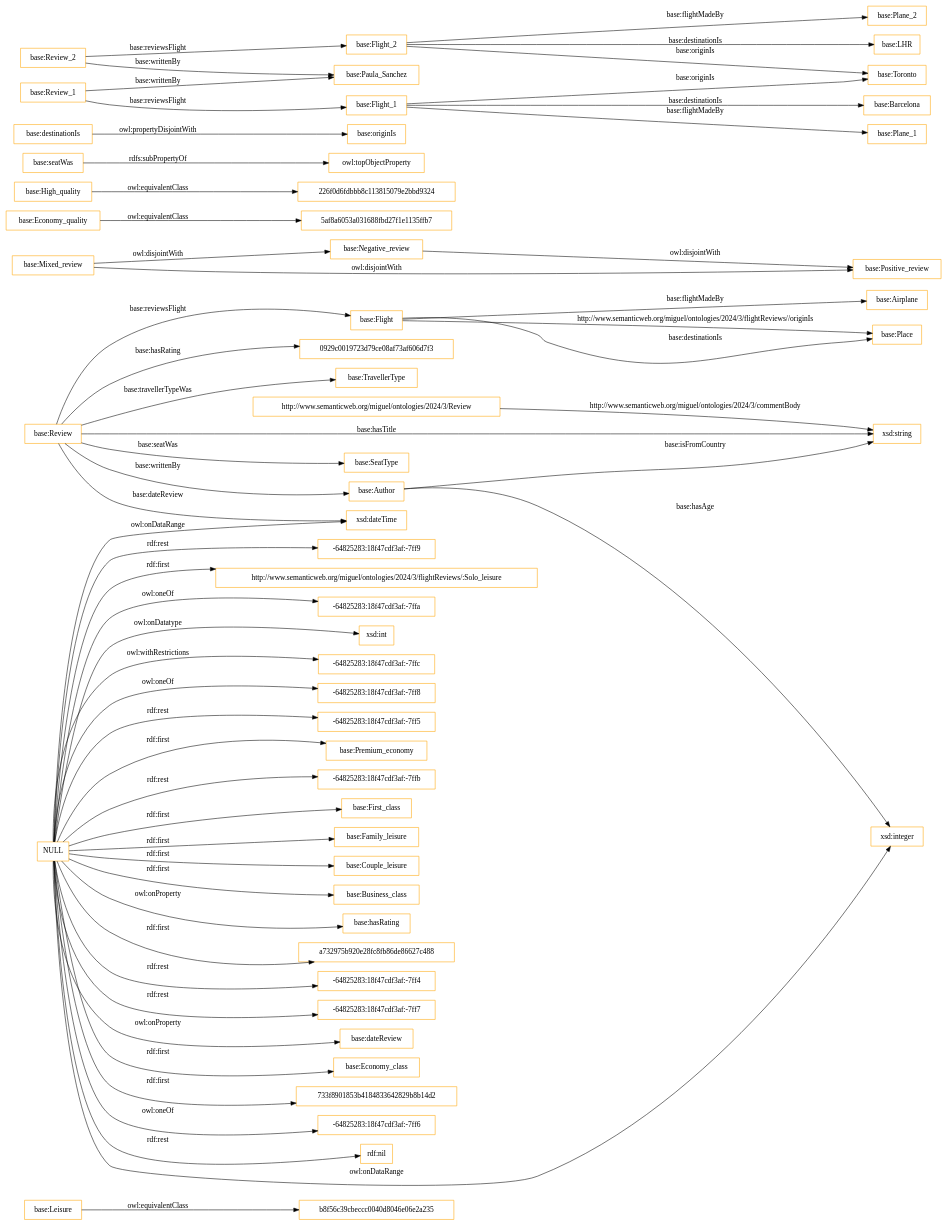
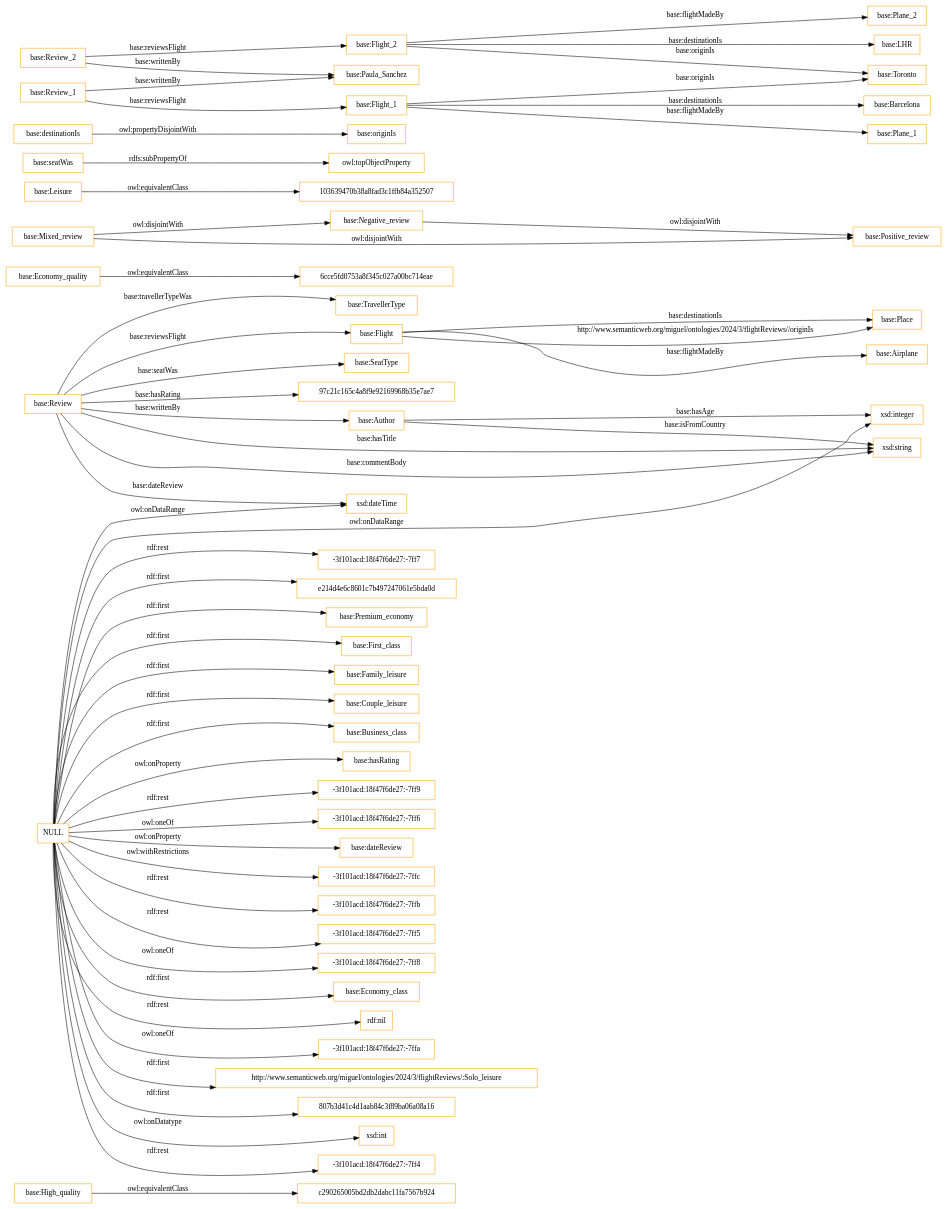
Before and after one commit to MigueldSPallares/FlightReviews: the diagram in OnToology/ontology.ttl/diagrams/ar2dtool-class/ontology.ttl.png.dot, drawn with Graphviz. The commit also changed 10 other files, not shown here.

```diff
--- a/OnToology/ontology.ttl/diagrams/ar2dtool-class/ontology.ttl.png.dot
+++ b/OnToology/ontology.ttl/diagrams/ar2dtool-class/ontology.ttl.png.dot
@@ -1,61 +1,61 @@
 digraph ar2dtool_diagram { 
 rankdir=LR;
 size="1501"
-node [shape = rectangle, color="orange"]; "b8f56c39cbeccc0040d8046e06e2a235" "base:TravellerType" "base:Place" "base:Flight" "base:Negative_review" "base:Author" "base:Economy_quality" "base:SeatType" "5af8a6053a031688fbd27f1e1135ffb7" "base:Mixed_review" "base:Leisure" "base:Review" "base:High_quality" "base:Positive_review" "226f0d6fdbbb8c113815079e2bbd9324" "base:Airplane" ; /*classes style*/
+node [shape = rectangle, color="orange"]; "c290265005bd2db2dabc11fa7567b924" "base:TravellerType" "base:Place" "base:Flight" "6cce5fd0753a8f345c027a00bc714eae" "base:Negative_review" "base:Author" "base:Economy_quality" "base:SeatType" "base:Mixed_review" "base:Leisure" "base:Review" "base:High_quality" "base:Positive_review" "103639470b38a8fad3c1ffb84a352507" "base:Airplane" ; /*classes style*/
 	"NULL" -> "base:Premium_economy" [ label = "rdf:first" ];
-	"NULL" -> "-64825283:18f47cdf3af:-7ffb" [ label = "rdf:rest" ];
 	"NULL" -> "base:First_class" [ label = "rdf:first" ];
 	"NULL" -> "base:Family_leisure" [ label = "rdf:first" ];
 	"NULL" -> "base:Couple_leisure" [ label = "rdf:first" ];
 	"NULL" -> "base:Business_class" [ label = "rdf:first" ];
 	"NULL" -> "base:hasRating" [ label = "owl:onProperty" ];
+	"NULL" -> "-3f101acd:18f47f6de27:-7ff9" [ label = "rdf:rest" ];
 	"NULL" -> "xsd:integer" [ label = "owl:onDataRange" ];
+	"NULL" -> "-3f101acd:18f47f6de27:-7ff6" [ label = "owl:oneOf" ];
 	"NULL" -> "xsd:dateTime" [ label = "owl:onDataRange" ];
-	"NULL" -> "a732975b920e28fc8fb86de86627c488" [ label = "rdf:first" ];
-	"NULL" -> "-64825283:18f47cdf3af:-7ff4" [ label = "rdf:rest" ];
-	"NULL" -> "-64825283:18f47cdf3af:-7ff7" [ label = "rdf:rest" ];
 	"NULL" -> "base:dateReview" [ label = "owl:onProperty" ];
+	"NULL" -> "-3f101acd:18f47f6de27:-7ffc" [ label = "owl:withRestrictions" ];
+	"NULL" -> "-3f101acd:18f47f6de27:-7ffb" [ label = "rdf:rest" ];
+	"NULL" -> "-3f101acd:18f47f6de27:-7ff5" [ label = "rdf:rest" ];
+	"NULL" -> "-3f101acd:18f47f6de27:-7ff8" [ label = "owl:oneOf" ];
 	"NULL" -> "base:Economy_class" [ label = "rdf:first" ];
-	"NULL" -> "733f8901853b4184833642829b8b14d2" [ label = "rdf:first" ];
-	"NULL" -> "-64825283:18f47cdf3af:-7ff6" [ label = "owl:oneOf" ];
 	"NULL" -> "rdf:nil" [ label = "rdf:rest" ];
-	"NULL" -> "-64825283:18f47cdf3af:-7ff9" [ label = "rdf:rest" ];
+	"NULL" -> "-3f101acd:18f47f6de27:-7ffa" [ label = "owl:oneOf" ];
 	"NULL" -> "http://www.semanticweb.org/miguel/ontologies/2024/3/flightReviews/:Solo_leisure" [ label = "rdf:first" ];
-	"NULL" -> "-64825283:18f47cdf3af:-7ffa" [ label = "owl:oneOf" ];
+	"NULL" -> "807b3d41c4d1aab84c3f89ba06a08a16" [ label = "rdf:first" ];
 	"NULL" -> "xsd:int" [ label = "owl:onDatatype" ];
-	"NULL" -> "-64825283:18f47cdf3af:-7ffc" [ label = "owl:withRestrictions" ];
-	"NULL" -> "-64825283:18f47cdf3af:-7ff8" [ label = "owl:oneOf" ];
-	"NULL" -> "-64825283:18f47cdf3af:-7ff5" [ label = "rdf:rest" ];
+	"NULL" -> "-3f101acd:18f47f6de27:-7ff4" [ label = "rdf:rest" ];
+	"NULL" -> "-3f101acd:18f47f6de27:-7ff7" [ label = "rdf:rest" ];
+	"NULL" -> "e214d4e6c8601c7b497247061e5bda0d" [ label = "rdf:first" ];
 	"base:seatWas" -> "owl:topObjectProperty" [ label = "rdfs:subPropertyOf" ];
 	"base:destinationIs" -> "base:originIs" [ label = "owl:propertyDisjointWith" ];
 	"base:Review_2" -> "base:Paula_Sanchez" [ label = "base:writtenBy" ];
 	"base:Review_2" -> "base:Flight_2" [ label = "base:reviewsFlight" ];
 	"base:Flight_2" -> "base:Toronto" [ label = "base:originIs" ];
 	"base:Flight_2" -> "base:Plane_2" [ label = "base:flightMadeBy" ];
 	"base:Flight_2" -> "base:LHR" [ label = "base:destinationIs" ];
-	"base:Economy_quality" -> "5af8a6053a031688fbd27f1e1135ffb7" [ label = "owl:equivalentClass" ];
+	"base:Economy_quality" -> "6cce5fd0753a8f345c027a00bc714eae" [ label = "owl:equivalentClass" ];
 	"base:Review_1" -> "base:Paula_Sanchez" [ label = "base:writtenBy" ];
 	"base:Review_1" -> "base:Flight_1" [ label = "base:reviewsFlight" ];
-	"base:High_quality" -> "226f0d6fdbbb8c113815079e2bbd9324" [ label = "owl:equivalentClass" ];
+	"base:High_quality" -> "c290265005bd2db2dabc11fa7567b924" [ label = "owl:equivalentClass" ];
 	"base:Flight_1" -> "base:Toronto" [ label = "base:originIs" ];
 	"base:Flight_1" -> "base:Plane_1" [ label = "base:flightMadeBy" ];
 	"base:Flight_1" -> "base:Barcelona" [ label = "base:destinationIs" ];
-	"base:Leisure" -> "b8f56c39cbeccc0040d8046e06e2a235" [ label = "owl:equivalentClass" ];
+	"base:Leisure" -> "103639470b38a8fad3c1ffb84a352507" [ label = "owl:equivalentClass" ];
 	"base:Mixed_review" -> "base:Positive_review" [ label = "owl:disjointWith" ];
 	"base:Mixed_review" -> "base:Negative_review" [ label = "owl:disjointWith" ];
 	"base:Negative_review" -> "base:Positive_review" [ label = "owl:disjointWith" ];
-	"http://www.semanticweb.org/miguel/ontologies/2024/3/Review" -> "xsd:string" [ label = "http://www.semanticweb.org/miguel/ontologies/2024/3/commentBody" ];
 	"base:Flight" -> "base:Airplane" [ label = "base:flightMadeBy" ];
 	"base:Flight" -> "base:Place" [ label = "http://www.semanticweb.org/miguel/ontologies/2024/3/flightReviews//originIs" ];
 	"base:Review" -> "base:Author" [ label = "base:writtenBy" ];
 	"base:Review" -> "base:TravellerType" [ label = "base:travellerTypeWas" ];
 	"base:Review" -> "base:Flight" [ label = "base:reviewsFlight" ];
-	"base:Review" -> "0929c0019723d79ce08af73af606d7f3" [ label = "base:hasRating" ];
+	"base:Review" -> "xsd:string" [ label = "base:commentBody" ];
+	"base:Review" -> "97c21c165c4a8f9e92169968b35e7ae7" [ label = "base:hasRating" ];
 	"base:Review" -> "base:SeatType" [ label = "base:seatWas" ];
 	"base:Flight" -> "base:Place" [ label = "base:destinationIs" ];
 	"base:Review" -> "xsd:string" [ label = "base:hasTitle" ];
 	"base:Review" -> "xsd:dateTime" [ label = "base:dateReview" ];
 	"base:Author" -> "xsd:string" [ label = "base:isFromCountry" ];
 	"base:Author" -> "xsd:integer" [ label = "base:hasAge" ];
 
 }
```
